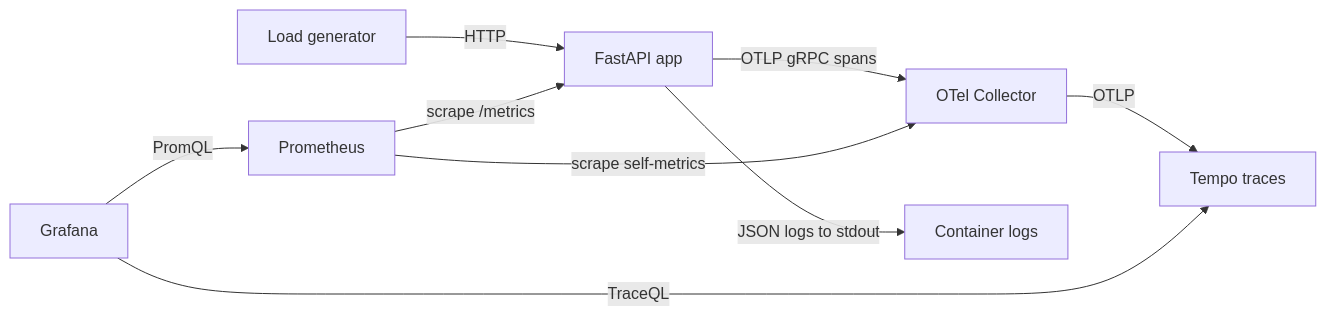
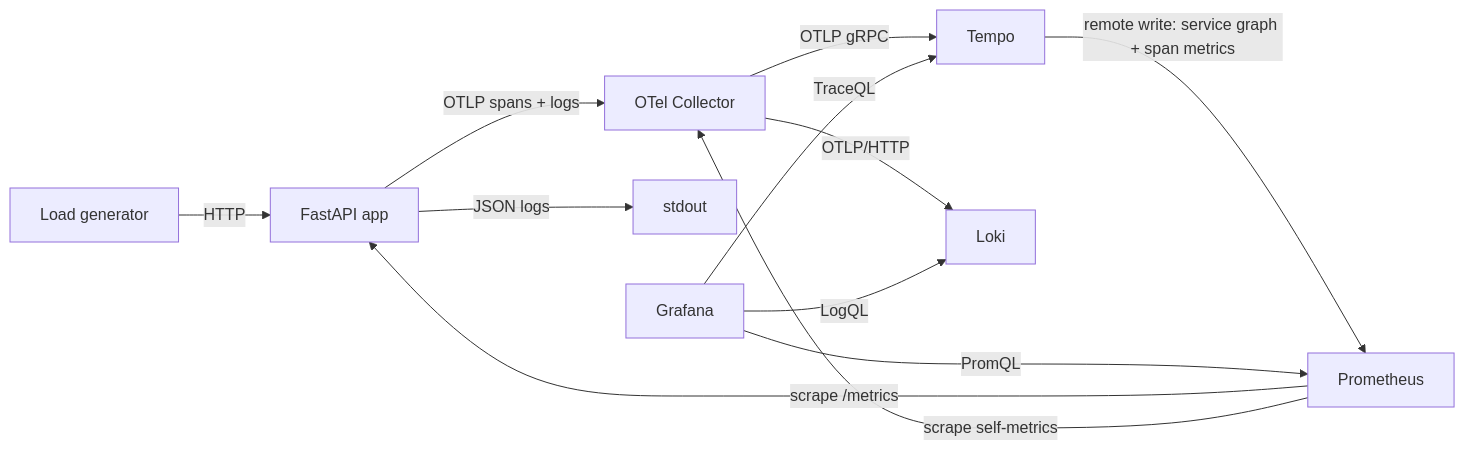
One commit to AleBrito124356/observability-starter changed the first of 2 diagrams in README.md. Above: the diagram before and after it, drawn with Mermaid. The commit also changed other lines of this file and 17 other files, not shown here.

````diff
--- a/README.md
+++ b/README.md
@@ -38,11 +38,14 @@
 ```mermaid
 flowchart LR
     load[Load generator] -->|HTTP| app[FastAPI app]
-    app -->|OTLP gRPC spans| col[OTel Collector]
-    col -->|OTLP| tempo[Tempo traces]
-    prom[Prometheus] -->|scrape /metrics| app
+    app -->|OTLP spans + logs| col[OTel Collector]
+    col -->|OTLP gRPC| tempo[Tempo]
+    col -->|OTLP/HTTP| loki[Loki]
+    tempo -->|remote write: service graph + span metrics| prom[Prometheus]
+    prom -->|scrape /metrics| app
     prom -->|scrape self-metrics| col
-    app -->|JSON logs to stdout| stdout[Container logs]
+    app -->|JSON logs| stdout[stdout]
     graf[Grafana] -->|PromQL| prom
     graf -->|TraceQL| tempo
+    graf -->|LogQL| loki
 ```
````
